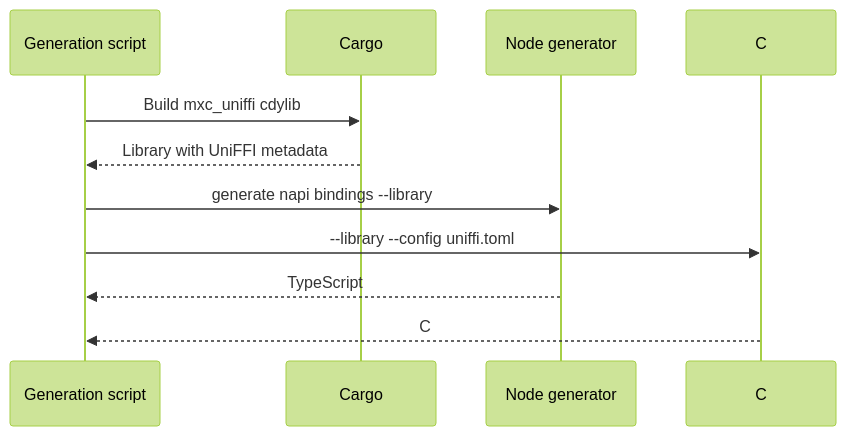
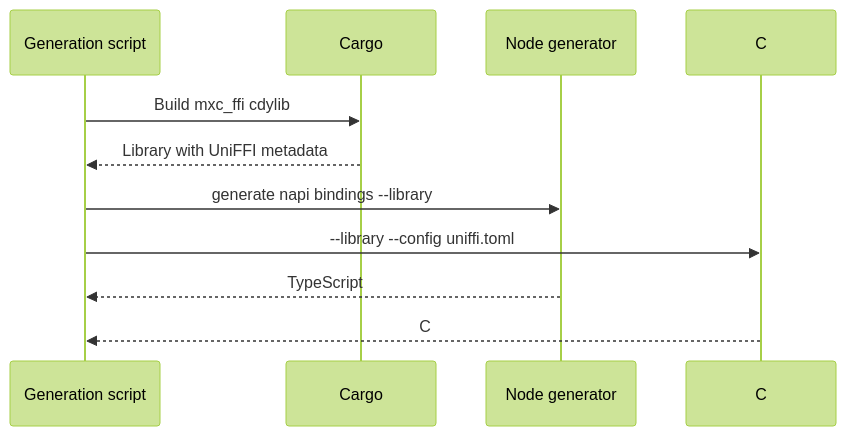
One commit to microsoft/mxc changed the second of 3 diagrams in docs/designs/SDK/uniffi-binding-generation.md. Above: the diagram before and after it, drawn with Mermaid (forest theme). The commit also changed other lines of this file and 3 other files, not shown here.

````diff
--- a/docs/designs/SDK/uniffi-binding-generation.md
+++ b/docs/designs/SDK/uniffi-binding-generation.md
@@ -38,13 +38,13 @@
 ```mermaid
 sequenceDiagram
     participant G as Generation script
     participant C as Cargo
     participant N as Node generator
     participant D as C# generator
-    G->>C: Build mxc_uniffi cdylib
+    G->>C: Build mxc_ffi cdylib
     C-->>G: Library with UniFFI metadata
     G->>N: generate napi bindings --library
     G->>D: --library --config uniffi.toml
     N-->>G: TypeScript
     D-->>G: C#
 ```
````
